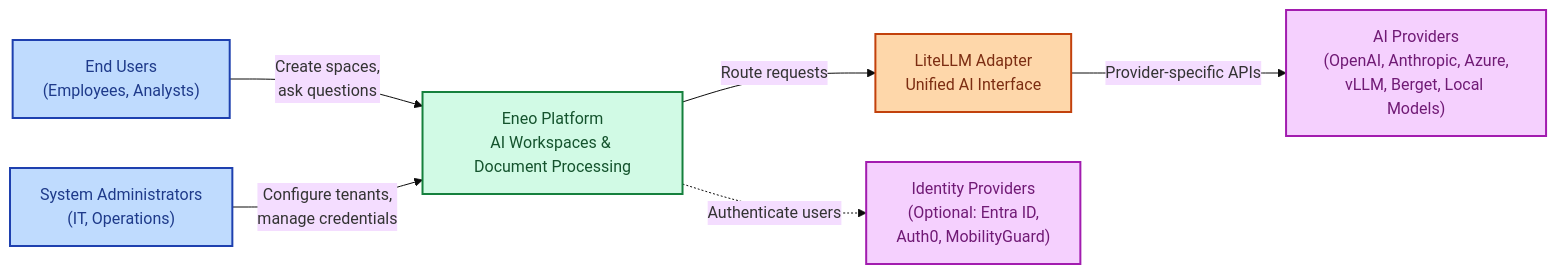
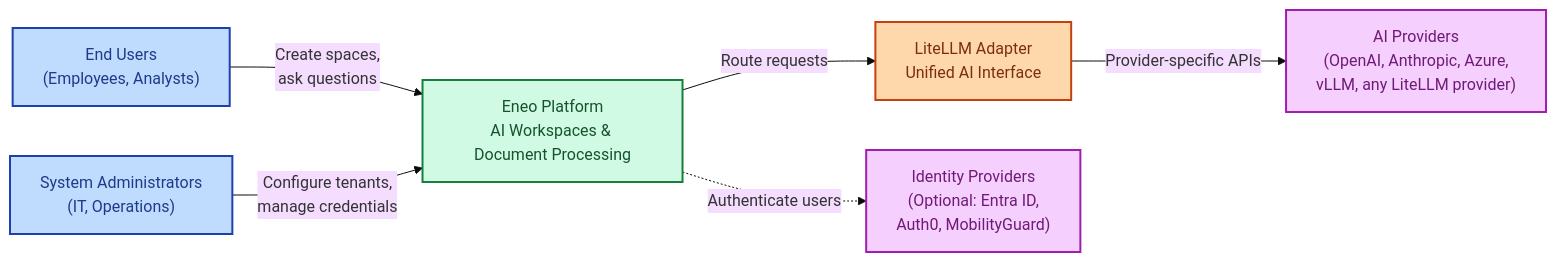
Before and after one commit to eneo-ai/eneo: the first of 7 diagrams in docs/ARCHITECTURE.md, drawn with Mermaid. The commit also changed other lines of this file and 145 other files, not shown here.

First line of the commit message:
feat: add LiteLLM provider management system

````diff
--- a/docs/ARCHITECTURE.md
+++ b/docs/ARCHITECTURE.md
@@ -26,30 +26,30 @@
 ```mermaid
 %%{init: {'theme': 'base'}}%%
 graph LR
     classDef user fill:#bfdbfe,stroke:#1e40af,stroke-width:2px,color:#1e3a8a
     classDef system fill:#d1fae5,stroke:#15803d,stroke-width:2px,color:#14532d
     classDef adapter fill:#fed7aa,stroke:#c2410c,stroke-width:2px,color:#7c2d12
     classDef external fill:#f5d0fe,stroke:#a21caf,stroke-width:2px,color:#701a75
 
     Users["End Users<br/>(Employees, Analysts)"]
     Admins["System Administrators<br/>(IT, Operations)"]
 
     Eneo["Eneo Platform<br/>AI Workspaces & Document Processing"]
 
     LiteLLM["LiteLLM Adapter<br/>Unified AI Interface"]
 
-    AI["AI Providers<br/>(OpenAI, Anthropic, Azure,<br/>vLLM, Berget, Local Models)"]
+    AI["AI Providers<br/>(OpenAI, Anthropic, Azure,<br/>vLLM, any LiteLLM provider)"]
     IdP["Identity Providers<br/>(Optional: Entra ID,<br/>Auth0, MobilityGuard)"]
 
     Users -->|Create spaces,<br/>ask questions| Eneo
     Admins -->|Configure tenants,<br/>manage credentials| Eneo
 
     Eneo -->|Route requests| LiteLLM
     LiteLLM -->|Provider-specific APIs| AI
     Eneo -.->|Authenticate users| IdP
 
     class Users,Admins user
     class Eneo system
     class LiteLLM adapter
     class AI,IdP external
 ```
````
